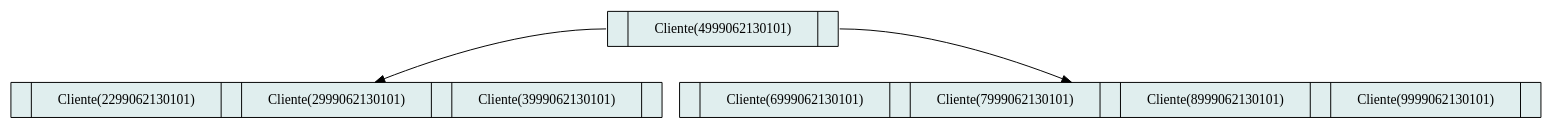
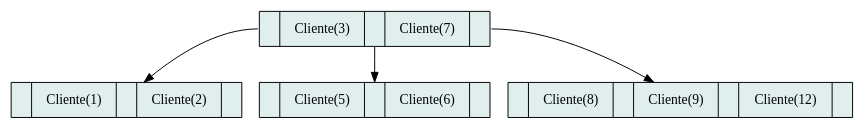
One commit to diegomazariegos2002/EDD_UDRAWING_FASE_202003975 changed the diagram in Fase 2/fase2_EDD/Clientes/Arbol_Clientes.dot. Above: the diagram before and after it, drawn with Graphviz. The commit also changed 36 other files, not shown here.

```diff
--- a/Fase 2/fase2_EDD/Clientes/Arbol_Clientes.dot
+++ b/Fase 2/fase2_EDD/Clientes/Arbol_Clientes.dot
@@ -1,11 +1,14 @@
 digraph arbolB{
 rankr=TB;
 node[shape = box,fillcolor="azure2" color="black" style="filled"];
-node[shape=record label= "<p0>|{Cliente(4999062130101)}|<p1> "]1043179980;
-node[shape=record label= "<p0>|{Cliente(2299062130101)}|<p1> |{Cliente(2999062130101)}|<p2> |{Cliente(3999062130101)}|<p3> "]2026857843;
-node[shape=record label= "<p0>|{Cliente(6999062130101)}|<p1> |{Cliente(7999062130101)}|<p2> |{Cliente(8999062130101)}|<p3> |{Cliente(9999062130101)}|<p4> "]1240322673;
+node[shape=record label= "<p0>|{Cliente(3)}|<p1> |{Cliente(7)}|<p2> "]464327395;
+node[shape=record label= "<p0>|{Cliente(1)}|<p1> |{Cliente(2)}|<p2> "]693711469;
+node[shape=record label= "<p0>|{Cliente(5)}|<p1> |{Cliente(6)}|<p2> "]1241891083;
+node[shape=record label= "<p0>|{Cliente(8)}|<p1> |{Cliente(9)}|<p2> |{Cliente(12)}|<p3> "]862513210;
 
-1043179980:p0->2026857843;
+464327395:p0->693711469;
 
-1043179980:p1->1240322673;
+464327395:p1->1241891083;
+
+464327395:p2->862513210;
 }
```
